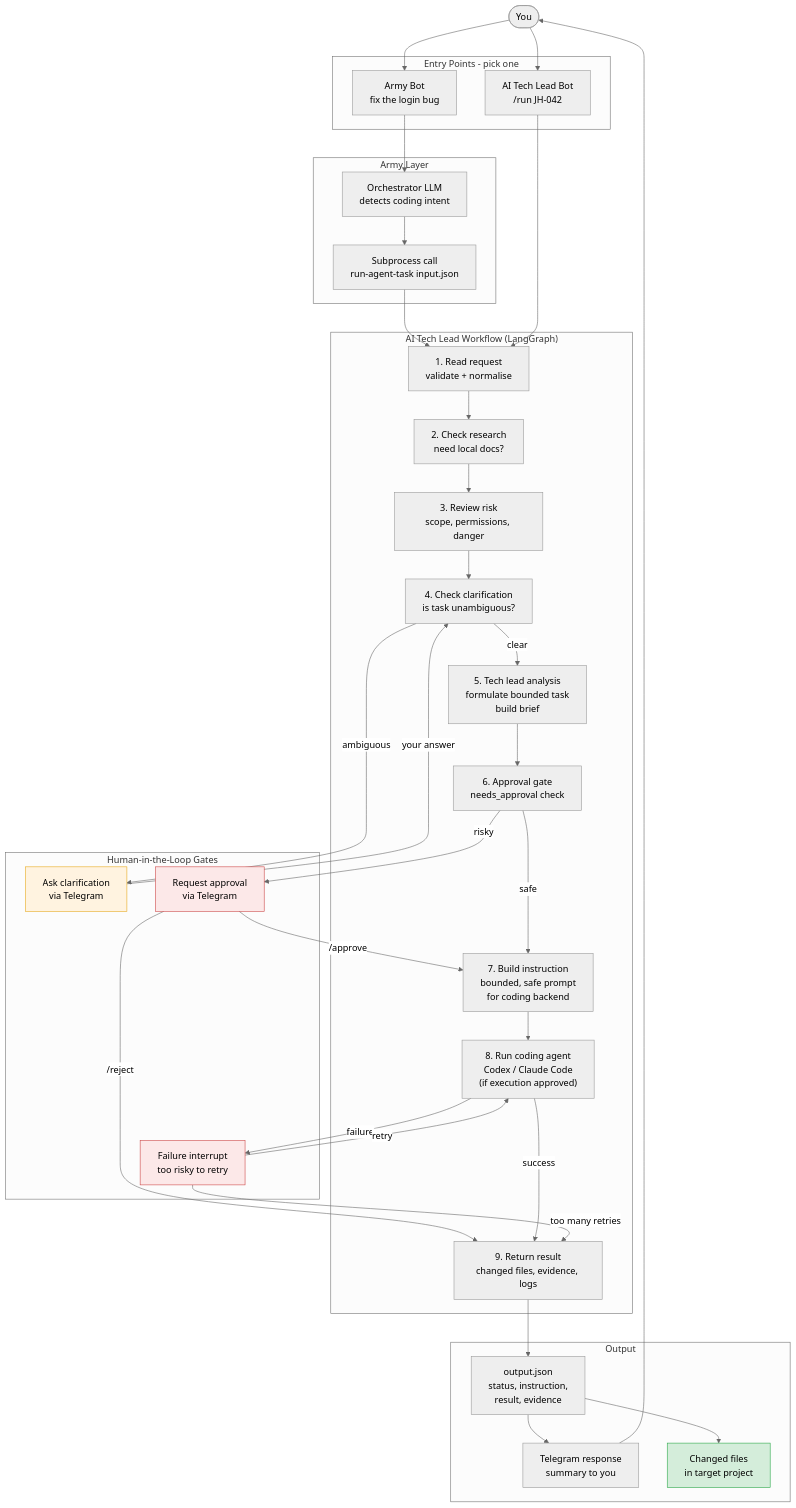
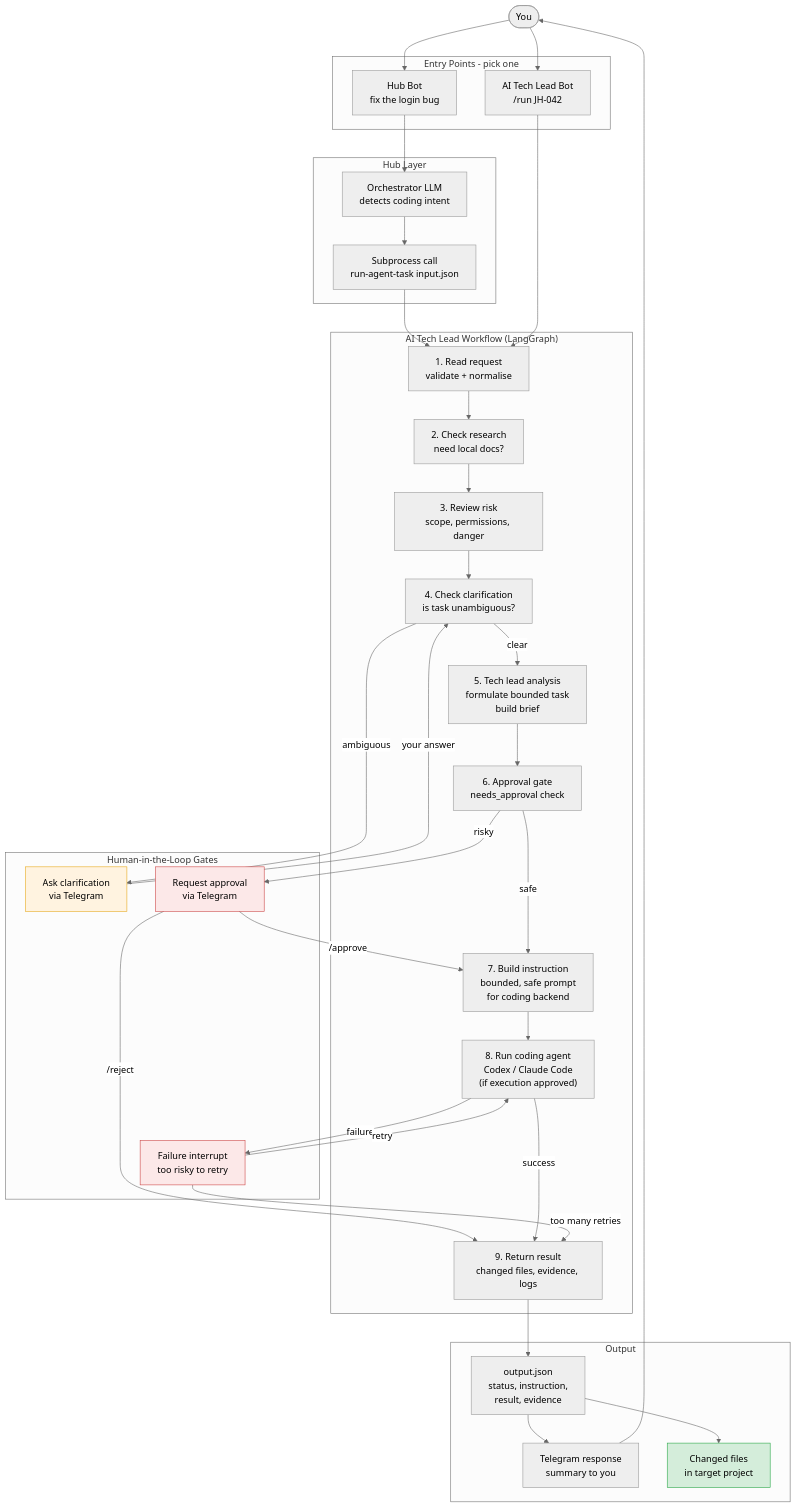
Before and after one commit to robvoto/agent-hub: the diagram in docs/diagrams/06-CODING-TASK-END-TO-END.mmd, drawn with Mermaid (neutral theme). The commit also changed 31 other files, not shown here.

```diff
--- a/docs/diagrams/06-CODING-TASK-END-TO-END.mmd
+++ b/docs/diagrams/06-CODING-TASK-END-TO-END.mmd
@@ -1,76 +1,76 @@
 flowchart TD
     You([You])
 
     subgraph Entry["Entry Points - pick one"]
-        ArmyTG["Army Bot<br/>fix the login bug"]
+        HubTG["Hub Bot<br/>fix the login bug"]
         ATLTGDirect["AI Tech Lead Bot<br/>/run JH-042"]
     end
 
-    subgraph ArmyLayer["Army Layer"]
-        ArmyOrch["Orchestrator LLM<br/>detects coding intent"]
+    subgraph HubLayer["Hub Layer"]
+        HubOrch["Orchestrator LLM<br/>detects coding intent"]
         SubProc["Subprocess call<br/>run-agent-task input.json"]
     end
 
     subgraph ATLWorkflow["AI Tech Lead Workflow (LangGraph)"]
         ReadReq["1. Read request<br/>validate + normalise"]
         Research["2. Check research<br/>need local docs?"]
         Risk["3. Review risk<br/>scope, permissions, danger"]
         Clarify["4. Check clarification<br/>is task unambiguous?"]
         Analyse["5. Tech lead analysis<br/>formulate bounded task<br/>build brief"]
         Approval["6. Approval gate<br/>needs_approval check"]
         Instruction["7. Build instruction<br/>bounded, safe prompt<br/>for coding backend"]
         RunAgent["8. Run coding agent<br/>Codex / Claude Code<br/>(if execution approved)"]
         End["9. Return result<br/>changed files, evidence, logs"]
     end
 
     subgraph HumanGates["Human-in-the-Loop Gates"]
         ClarifyQ["Ask clarification<br/>via Telegram"]
         ApproveQ["Request approval<br/>via Telegram"]
         FailQ["Failure interrupt<br/>too risky to retry"]
     end
 
     subgraph Output["Output"]
         JSONOut["output.json<br/>status, instruction,<br/>result, evidence"]
         TGResponse["Telegram response<br/>summary to you"]
         ChangedFiles["Changed files<br/>in target project"]
     end
 
-    You --> ArmyTG
+    You --> HubTG
     You --> ATLTGDirect
 
-    ArmyTG --> ArmyOrch
-    ArmyOrch --> SubProc
+    HubTG --> HubOrch
+    HubOrch --> SubProc
     SubProc --> ReadReq
     ATLTGDirect --> ReadReq
 
     ReadReq --> Research
     Research --> Risk
     Risk --> Clarify
 
     Clarify -->|ambiguous| ClarifyQ
     ClarifyQ -->|your answer| Clarify
 
     Clarify -->|clear| Analyse
     Analyse --> Approval
 
     Approval -->|risky| ApproveQ
     ApproveQ -->|/approve| Instruction
     ApproveQ -->|/reject| End
 
     Approval -->|safe| Instruction
     Instruction --> RunAgent
 
     RunAgent -->|success| End
     RunAgent -->|failure| FailQ
     FailQ -->|retry| RunAgent
     FailQ -->|too many retries| End
 
     End --> JSONOut
     JSONOut --> TGResponse
     JSONOut --> ChangedFiles
     TGResponse --> You
 
     style ClarifyQ fill:#fff3e0,stroke:#e6a817
     style ApproveQ fill:#fce8e8,stroke:#cc4444
     style FailQ fill:#fce8e8,stroke:#cc4444
     style ChangedFiles fill:#d4edda,stroke:#28a745
```
